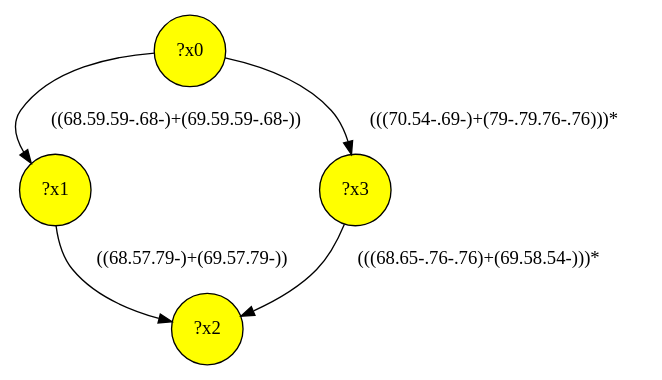
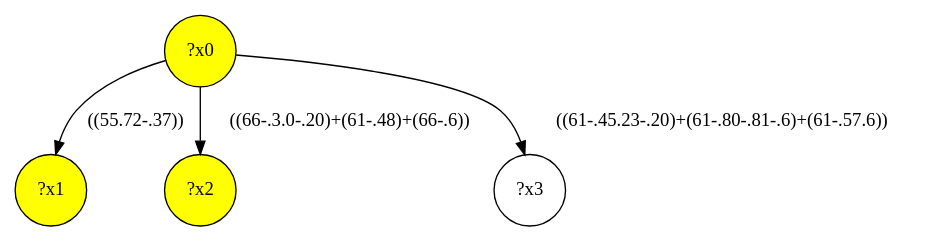
Before and after one commit to MathieuGicquel/federated-benchmark: the diagram in lib/gmark/demo/shop/shop-interface/query-7.dot, drawn with Graphviz. The commit also changed 354 other files, not shown here.

```diff
--- a/lib/gmark/demo/shop/shop-interface/query-7.dot
+++ b/lib/gmark/demo/shop/shop-interface/query-7.dot
@@ -1,10 +1,9 @@
 digraph g {
 	x1 [fillcolor="yellow", style="filled," shape=circle, label="?x1"];
+	x0 [fillcolor="yellow", style="filled," shape=circle, label="?x0"];
 	x2 [fillcolor="yellow", style="filled," shape=circle, label="?x2"];
-	x0 [fillcolor="yellow", style="filled," shape=circle, label="?x0"];
-	x3 [fillcolor="yellow", style="filled," shape=circle, label="?x3"];
-	x0 -> x1 [label="((68.59.59-.68-)+(69.59.59-.68-))"];
-	x1 -> x2 [label="((68.57.79-)+(69.57.79-))"];
-	x0 -> x3 [label="(((70.54-.69-)+(79-.79.76-.76)))*"];
-	x3 -> x2 [label="(((68.65-.76-.76)+(69.58.54-)))*"];
+	x0 -> x1 [label="((55.72-.37))"];
+	x0 -> x2 [label="((66-.3.0-.20)+(61-.48)+(66-.6))"];
+	x3 [shape=circle, label="?x3"];
+	x0 -> x3 [label="((61-.45.23-.20)+(61-.80-.81-.6)+(61-.57.6))"];
 }
```
